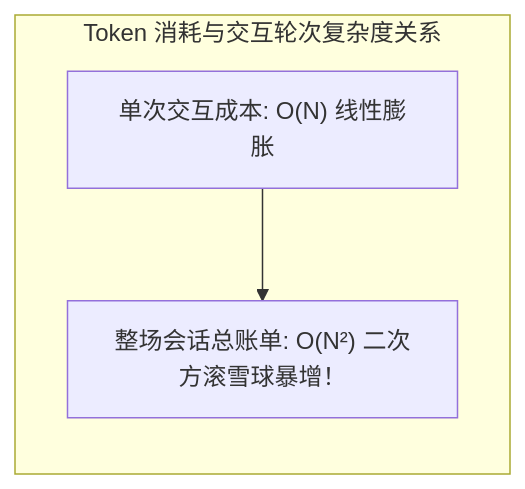
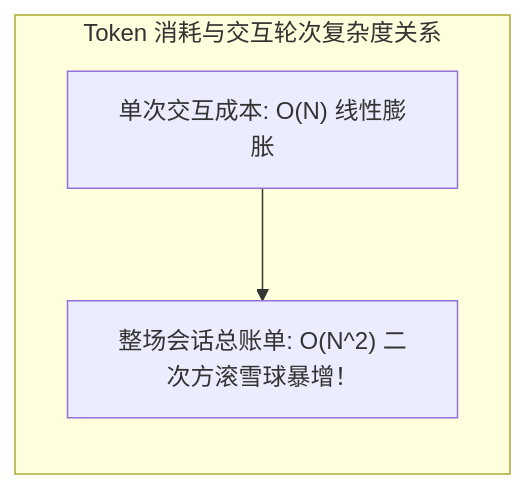
Before and after one commit to Garfield247/agent-optima: the first of 5 diagrams in 02-token-efficiency-and-cost-optimization.md, drawn with Mermaid. The commit also changed other lines of this file, not shown here.

Commit message:
fix: 修复 02 白皮书第 3 节及全文 Mermaid 语法兼容性

````diff
--- a/02-token-efficiency-and-cost-optimization.md
+++ b/02-token-efficiency-and-cost-optimization.md
@@ -60,8 +60,8 @@
 ```mermaid
 graph LR
-    subgraph CostGrowth [Token 消耗与交互轮次复杂度关系]
+    subgraph CostGrowth ["Token 消耗与交互轮次复杂度关系"]
         direction TB
         L["单次交互成本: O(N) 线性膨胀"] 
-        --> T["整场会话总账单: O(N²) 二次方滚雪球暴增！"]
+        --> T["整场会话总账单: O(N^2) 二次方滚雪球暴增！"]
     end
 ```
````
